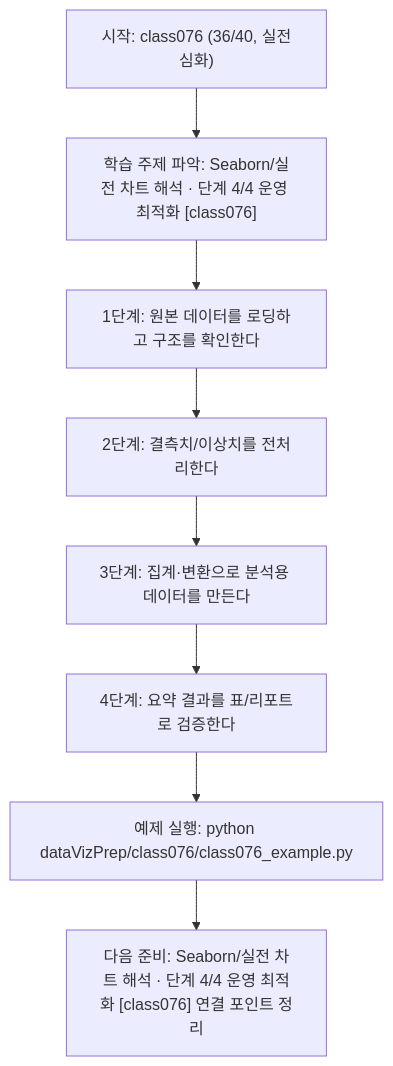
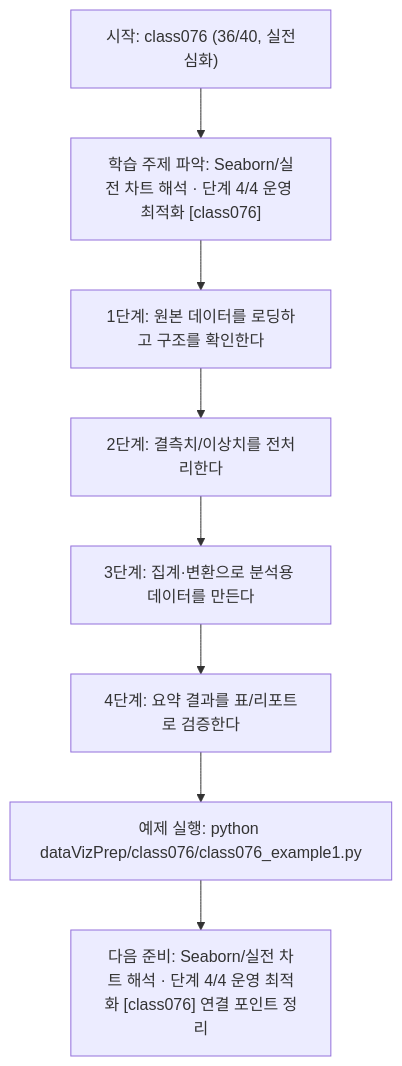
The diagram in dataVizPrep/class076/class076.md (edumgt/Python-AI_Agent-Class), drawn with Mermaid before and after one commit. The commit also changed other lines of this file and 2959 other files, not shown here.

````diff
--- a/dataVizPrep/class076/class076.md
+++ b/dataVizPrep/class076/class076.md
@@ -112,18 +112,18 @@
 ```mermaid
 flowchart TD
 N1["시작: class076 (36/40, 실전심화)"]
 N2["학습 주제 파악: Seaborn/실전 차트 해석 · 단계 4/4 운영 최적화 [class076]"]
 N3["1단계: 원본 데이터를 로딩하고 구조를 확인한다"]
 N4["2단계: 결측치/이상치를 전처리한다"]
 N5["3단계: 집계·변환으로 분석용 데이터를 만든다"]
 N6["4단계: 요약 결과를 표/리포트로 검증한다"]
-N7["예제 실행: python dataVizPrep/class076/class076_example.py"]
+N7["예제 실행: python dataVizPrep/class076/class076_example1.py"]
 N8["다음 준비: Seaborn/실전 차트 해석 · 단계 4/4 운영 최적화 [class076] 연결 포인트 정리"]
 N1 --> N2
 N2 --> N3
 N3 --> N4
 N4 --> N5
 N5 --> N6
 N6 --> N7
 N7 --> N8
 ```
````
